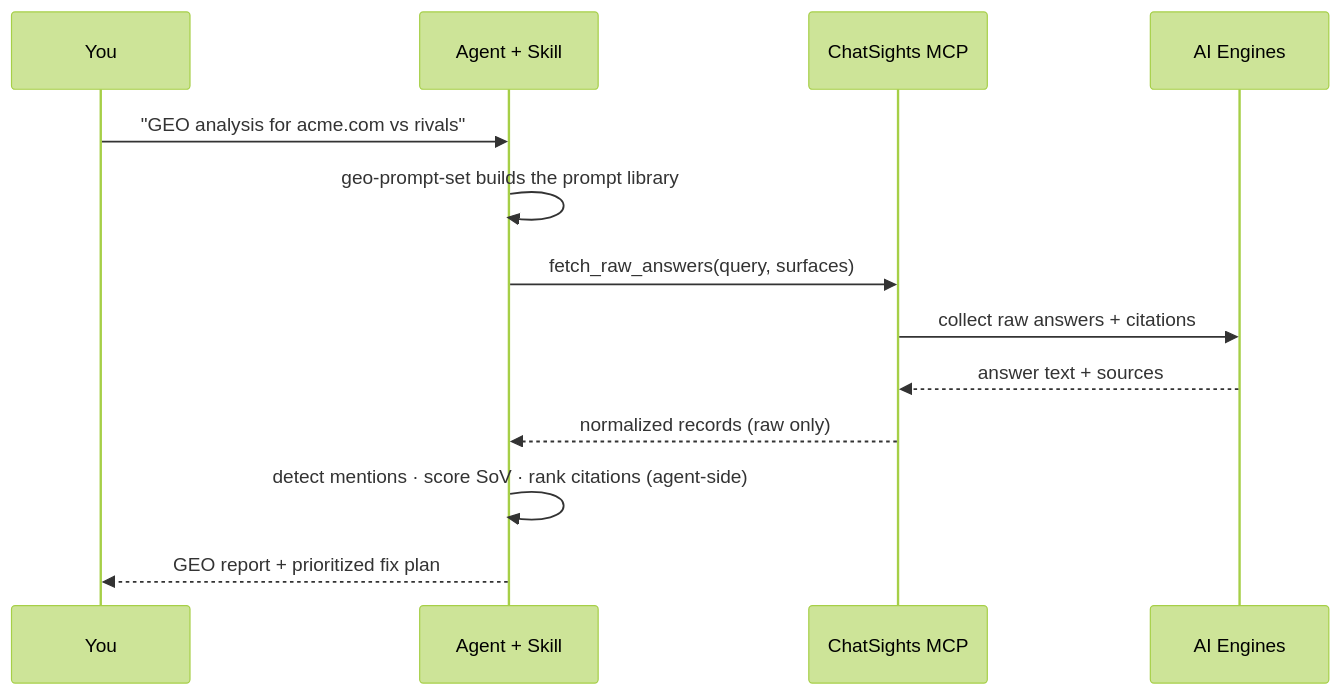
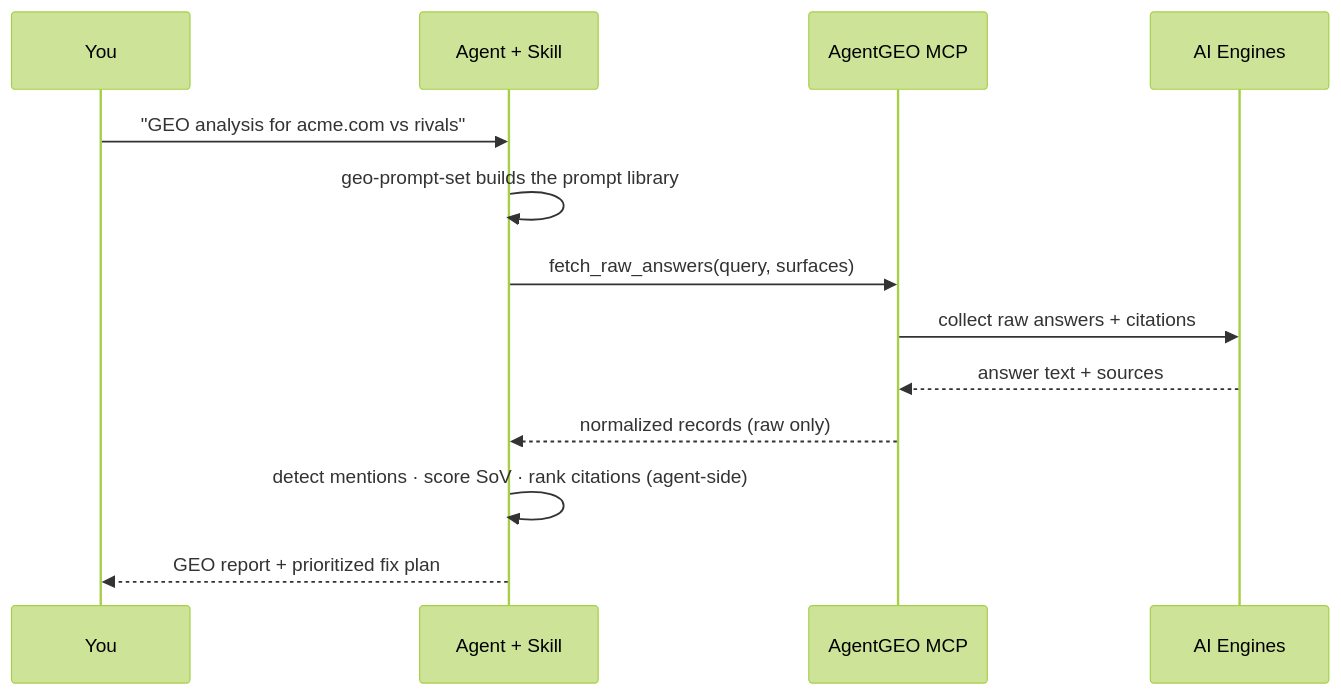
Before and after one commit to gumlau/agentgeo-skills: the third of 3 diagrams in README.es.md, drawn with Mermaid (forest theme). The commit also changed other lines of this file and 31 other files, not shown here.

First line of the commit message:
rebrand: ChatSights → AgentGEO (agentgeo.org)

````diff
--- a/README.es.md
+++ b/README.es.md
@@ -118,15 +118,15 @@
 ```mermaid
 sequenceDiagram
     participant U as You
     participant A as Agent + Skill
-    participant M as ChatSights MCP
+    participant M as AgentGEO MCP
     participant E as AI Engines
     U->>A: "GEO analysis for acme.com vs rivals"
     A->>A: geo-prompt-set builds the prompt library
     A->>M: fetch_raw_answers(query, surfaces)
     M->>E: collect raw answers + citations
     E-->>M: answer text + sources
     M-->>A: normalized records (raw only)
     A->>A: detect mentions · score SoV · rank citations (agent-side)
     A-->>U: GEO report + prioritized fix plan
 ```
````
